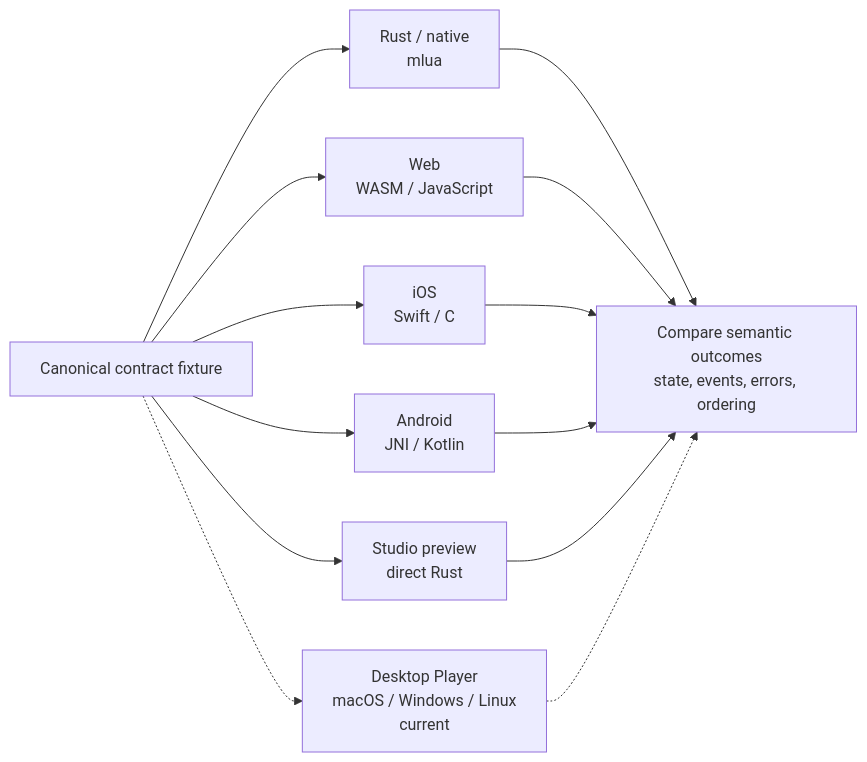
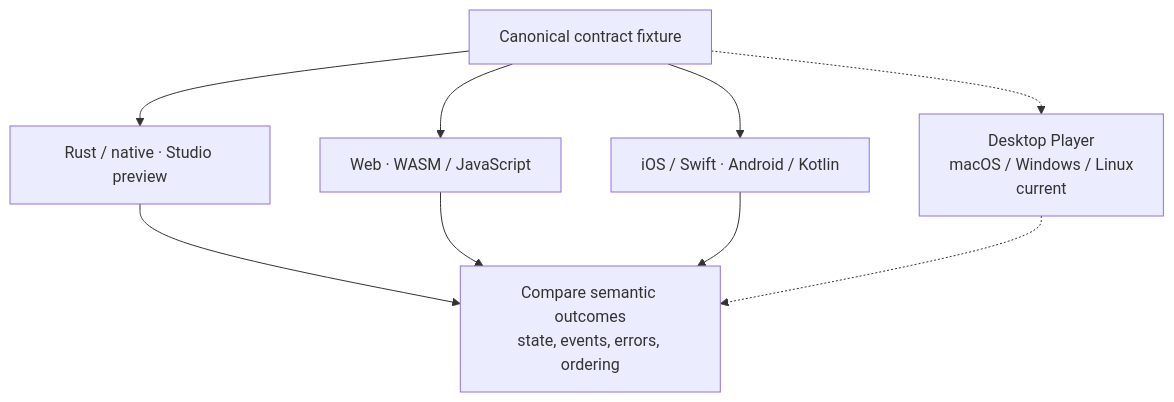
The diagram in quality/compatibility/host-conformance.md (cubacadabra/docs), drawn with Mermaid before and after one commit. The commit also changed 11 other files, not shown here.

````diff
--- a/quality/compatibility/host-conformance.md
+++ b/quality/compatibility/host-conformance.md
@@ -13,18 +13,14 @@
 ```mermaid
-flowchart LR
+flowchart TB
     Fixture["Canonical contract fixture"]
-    Native["Rust / native<br/>mlua"]
-    Web["Web<br/>WASM / JavaScript"]
-    IOS["iOS<br/>Swift / C"]
-    Android["Android<br/>JNI / Kotlin"]
-    Studio["Studio preview<br/>direct Rust"]
+    Core["Rust / native · Studio preview"]
+    Web["Web · WASM / JavaScript"]
+    Mobile["iOS / Swift · Android / Kotlin"]
     Desktop["Desktop Player<br/>macOS / Windows / Linux<br/>current"]
     Compare["Compare semantic outcomes<br/>state, events, errors, ordering"]
 
-    Fixture --> Native --> Compare
+    Fixture --> Core --> Compare
     Fixture --> Web --> Compare
-    Fixture --> IOS --> Compare
-    Fixture --> Android --> Compare
-    Fixture --> Studio --> Compare
+    Fixture --> Mobile --> Compare
     Fixture -.-> Desktop -.-> Compare
 ```
````
